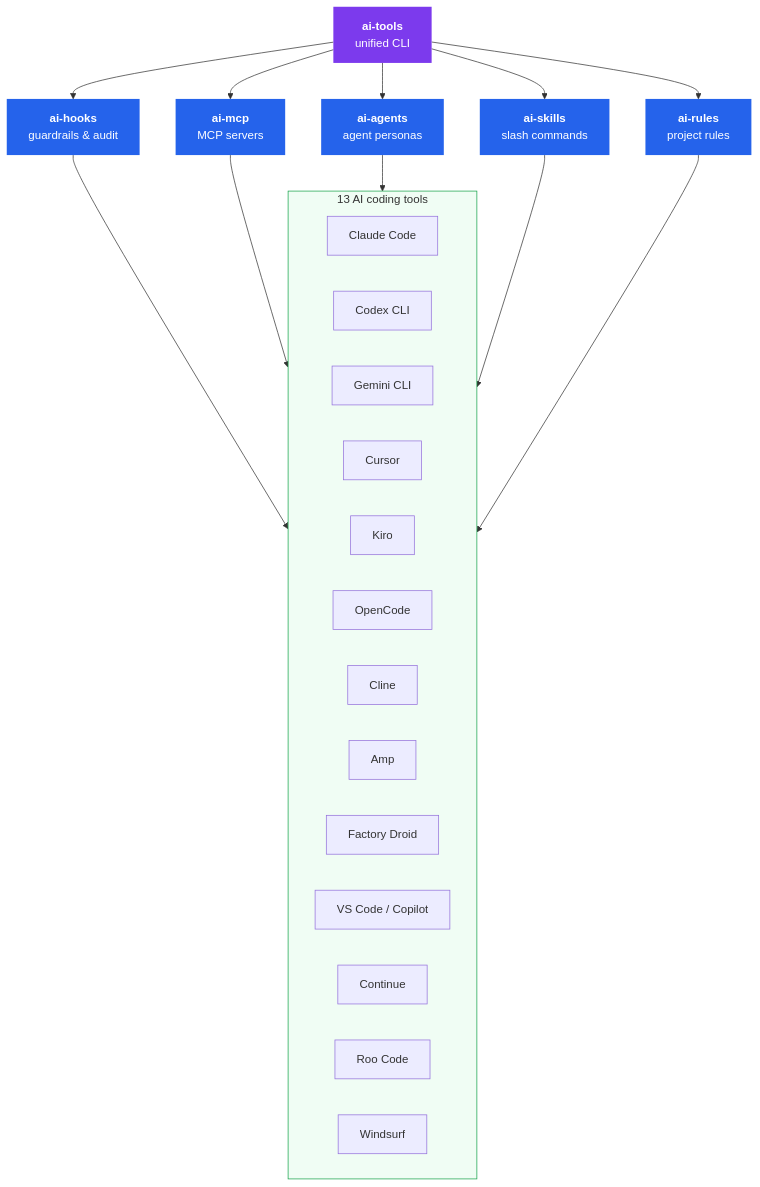
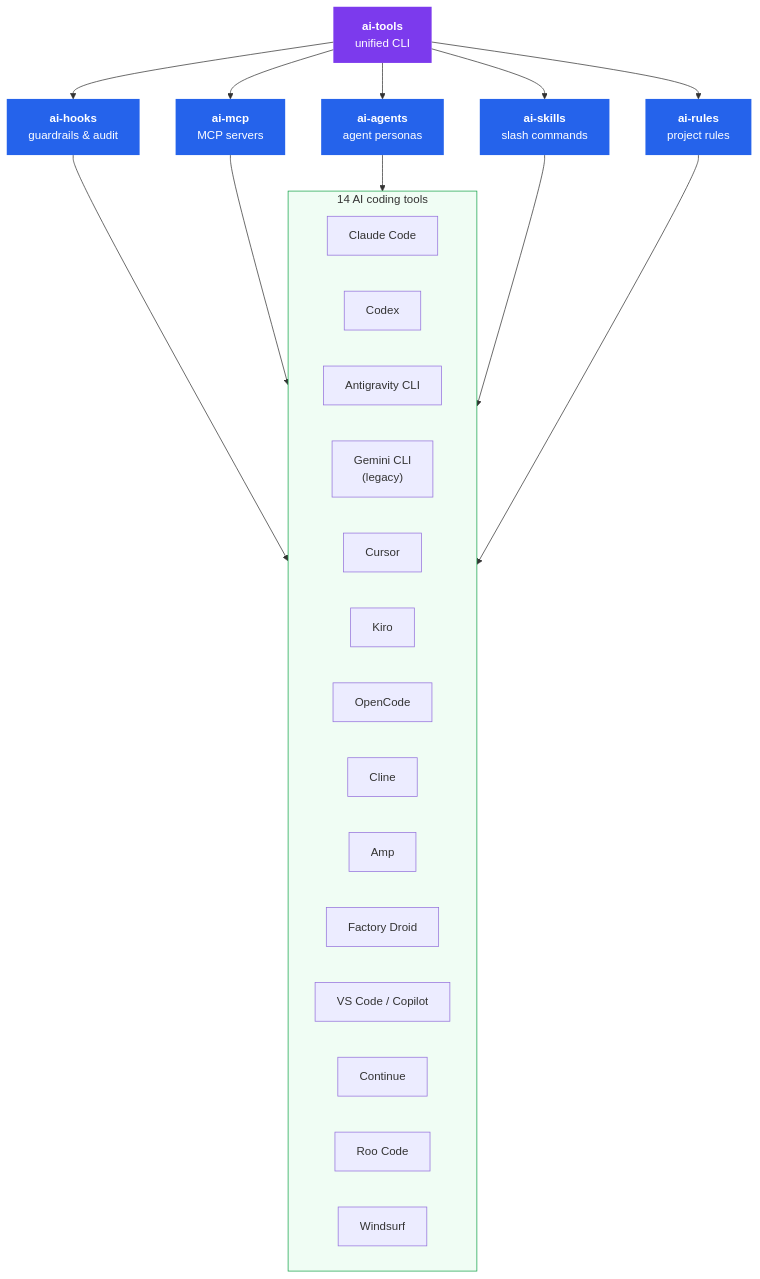
Before and after one commit to PremierStudio/ai-tools: the diagram in README.md, drawn with Mermaid. The commit also changed other lines of this file and 144 other files, not shown here.

````diff
--- a/README.md
+++ b/README.md
@@ -22,40 +24,41 @@
 ```mermaid
 graph TD
     CLI["<b>ai-tools</b><br/>unified CLI"]
 
     CLI --> Hooks["<b>ai-hooks</b><br/>guardrails &amp; audit"]
     CLI --> MCP["<b>ai-mcp</b><br/>MCP servers"]
     CLI --> Agents["<b>ai-agents</b><br/>agent personas"]
     CLI --> Skills["<b>ai-skills</b><br/>slash commands"]
     CLI --> Rules["<b>ai-rules</b><br/>project rules"]
 
-    subgraph tools ["13 AI coding tools"]
+    subgraph tools ["14 AI coding tools"]
         CC["Claude Code"]
-        Codex["Codex CLI"]
-        Gemini["Gemini CLI"]
+        Codex["Codex"]
+        Antigravity["Antigravity CLI"]
+        Gemini["Gemini CLI<br/>(legacy)"]
         Cursor["Cursor"]
         Kiro["Kiro"]
         OC["OpenCode"]
         Cline["Cline"]
         Amp["Amp"]
         Droid["Factory Droid"]
         Copilot["VS Code / Copilot"]
         Continue["Continue"]
         Roo["Roo Code"]
         Windsurf["Windsurf"]
     end
 
     Hooks --> tools
     MCP --> tools
     Agents --> tools
     Skills --> tools
     Rules --> tools
 
     style CLI fill:#7c3aed,color:#fff,stroke:none
     style Hooks fill:#2563eb,color:#fff,stroke:none
     style MCP fill:#2563eb,color:#fff,stroke:none
     style Agents fill:#2563eb,color:#fff,stroke:none
     style Skills fill:#2563eb,color:#fff,stroke:none
     style Rules fill:#2563eb,color:#fff,stroke:none
     style tools fill:#f0fdf4,stroke:#16a34a
 ```
````
